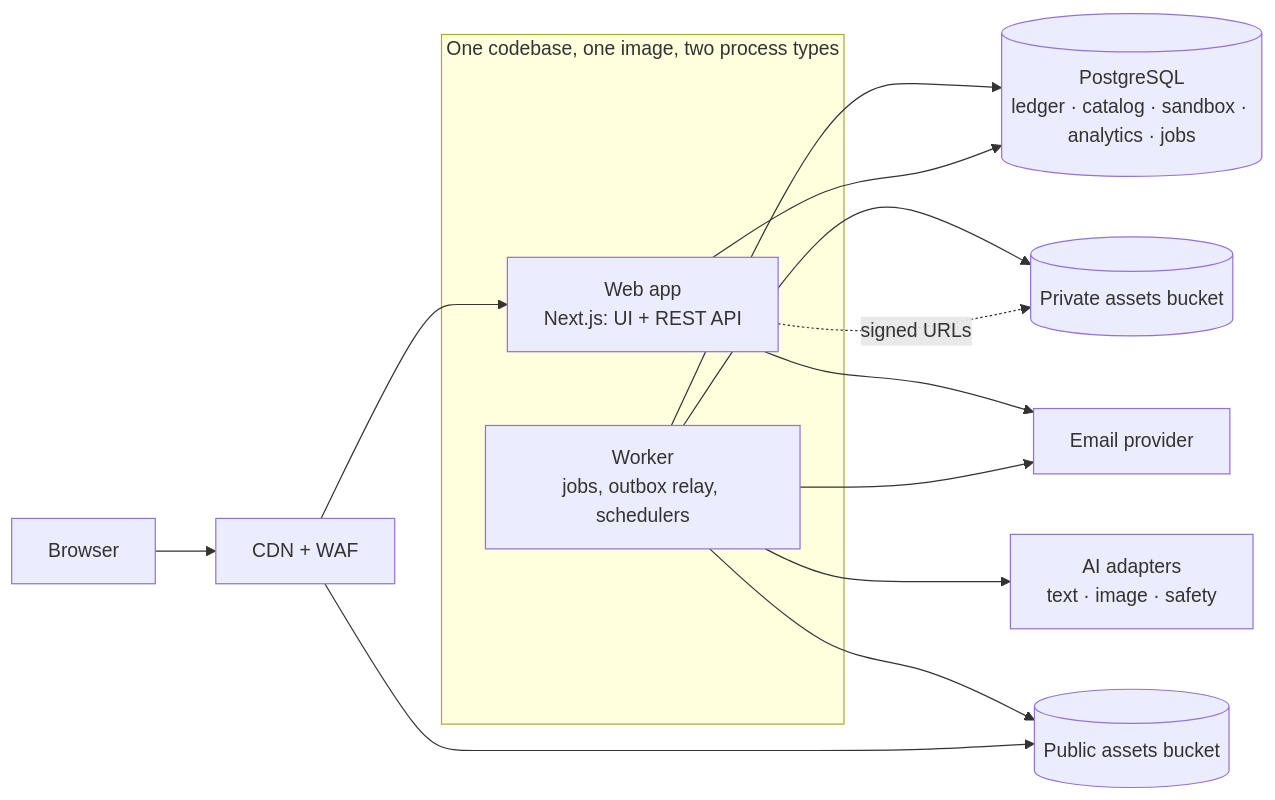
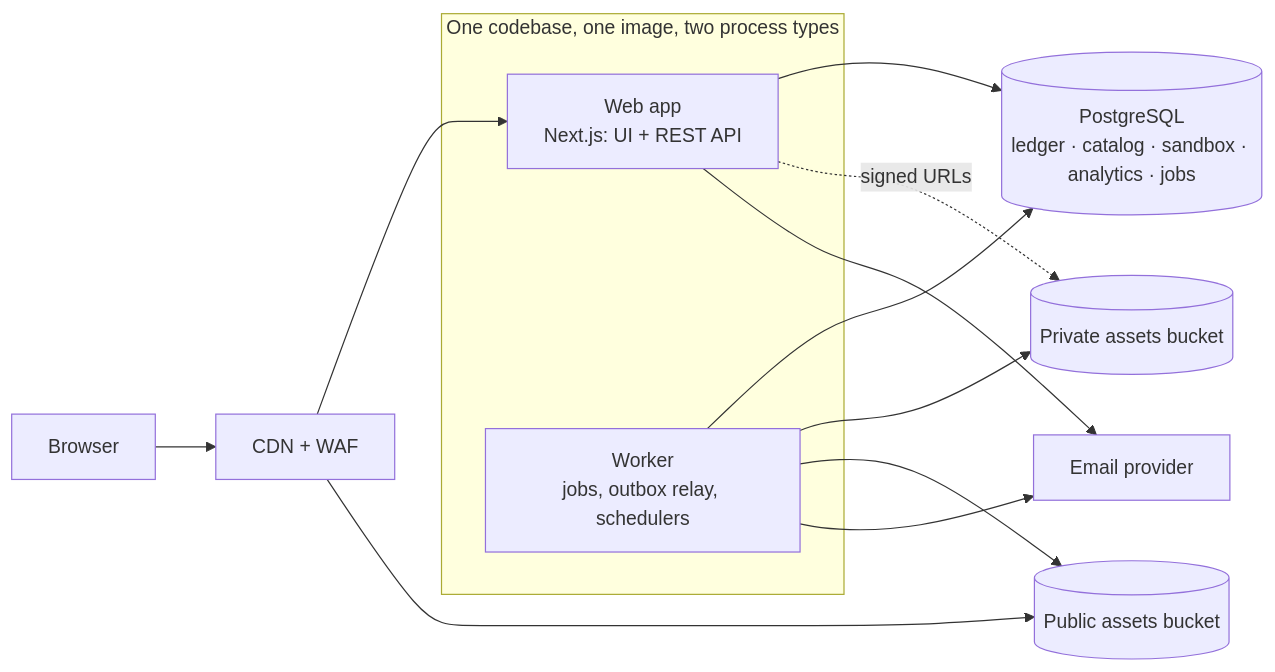
The diagram in docs/architecture.md (jais2402/ecom-delumart), drawn with Mermaid before and after one commit. The commit also changed other lines of this file, not shown here.

````diff
--- a/docs/architecture.md
+++ b/docs/architecture.md
@@ -27,20 +28,19 @@
 ```mermaid
 flowchart LR
   B[Browser] --> CDN[CDN + WAF]
   CDN --> WEB[Web app<br/>Next.js: UI + REST API]
   CDN --> PUB[(Public assets bucket)]
 
   subgraph App["One codebase, one image, two process types"]
     WEB
     WRK[Worker<br/>jobs, outbox relay, schedulers]
   end
 
   WEB --> PG[(PostgreSQL<br/>ledger · catalog · sandbox · analytics · jobs)]
   WRK --> PG
   WEB -. signed URLs .-> PRIV[(Private assets bucket)]
   WRK --> PRIV
   WRK --> PUB
-  WRK --> AI[AI adapters<br/>text · image · safety]
   WRK --> MAIL[Email provider]
   WEB --> MAIL
 ```
````
